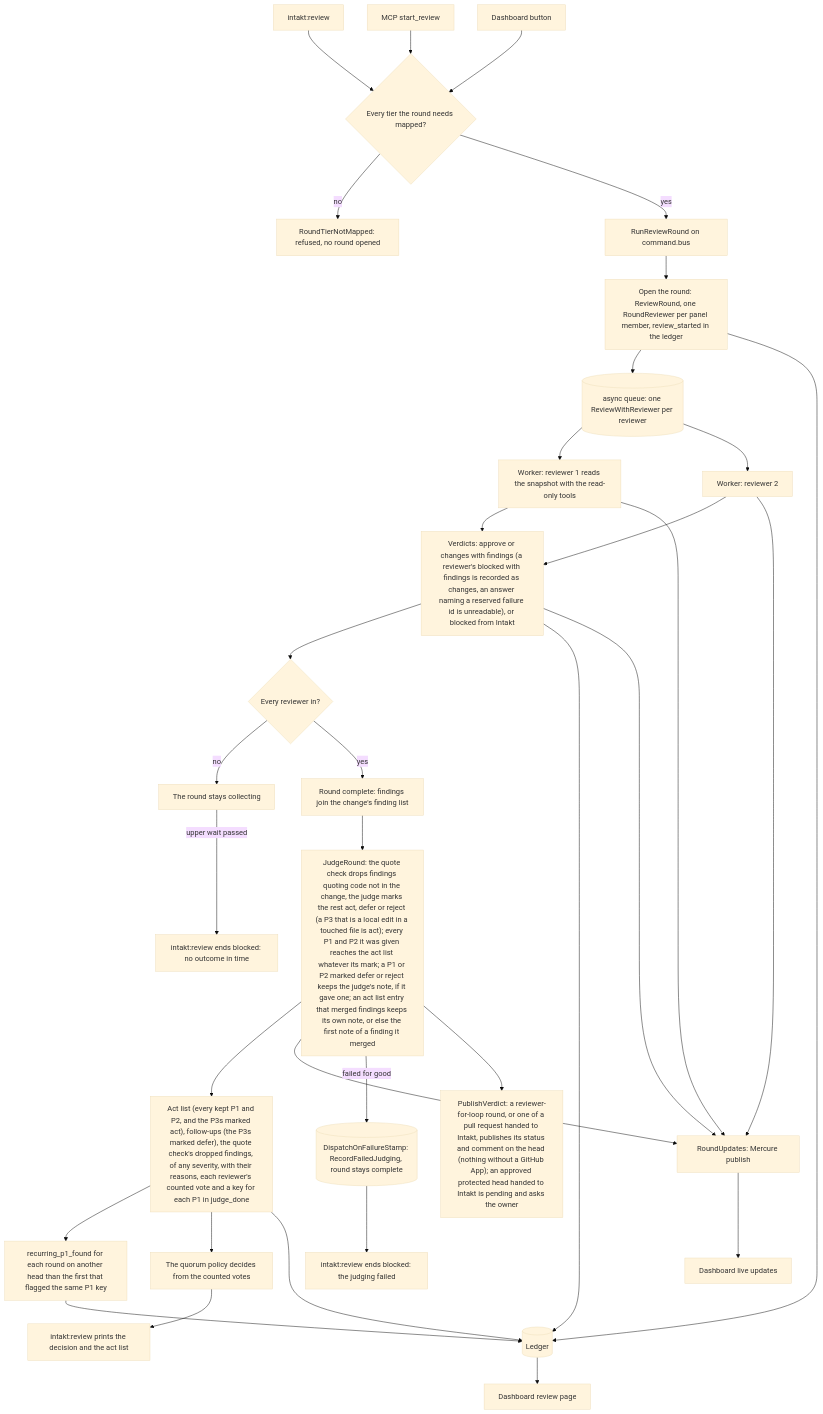
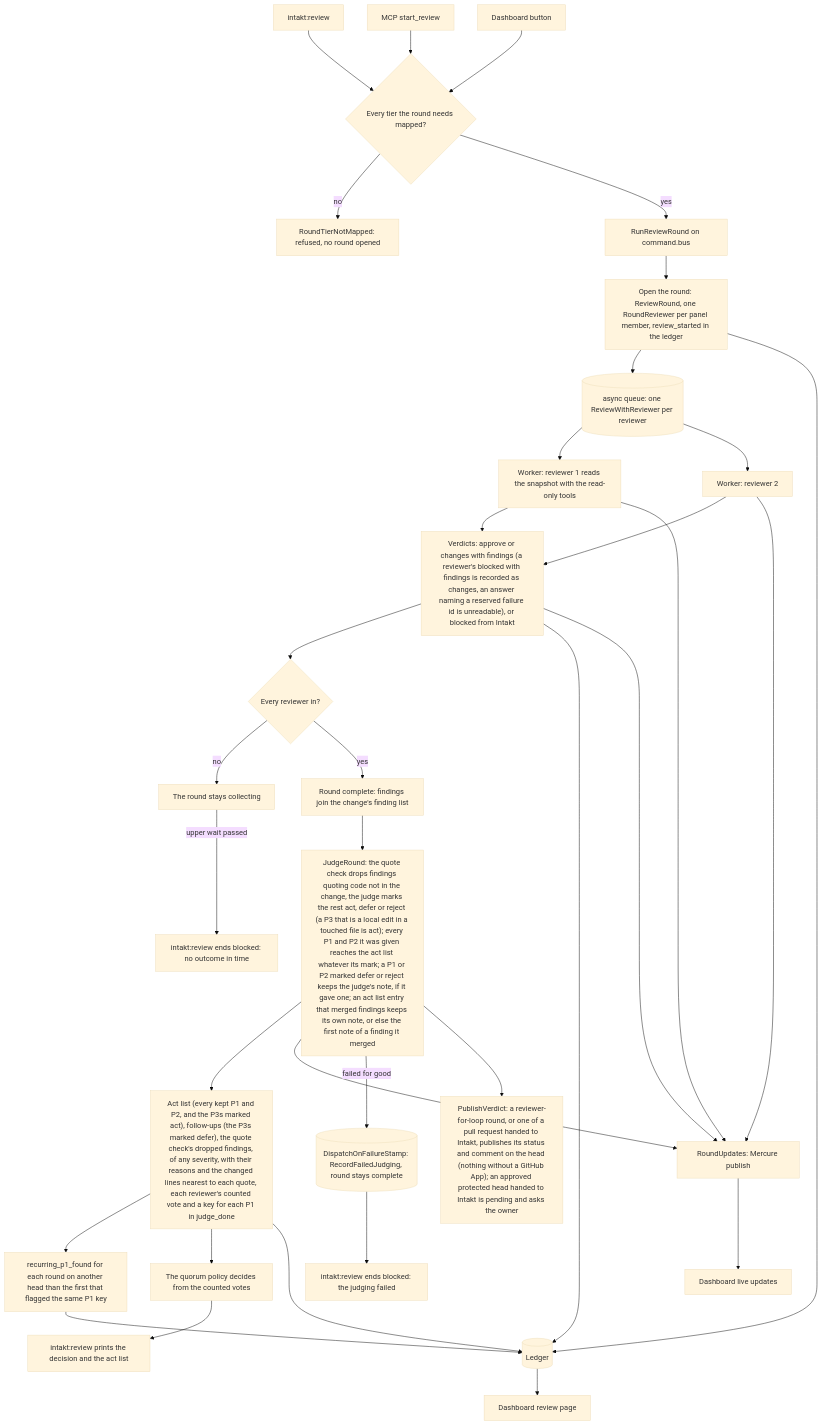
The diagram in docs/architecture/review-flow.md (shinyredapples/intakt), drawn with Mermaid (base theme) before and after one commit. The commit also changed other lines of this file and 18 other files, not shown here.

Commit message:
feat(review): record the nearest changed lines of a dropped finding's quotes

````diff
--- a/docs/architecture/review-flow.md
+++ b/docs/architecture/review-flow.md
@@ -5,35 +5,35 @@
 ```mermaid
 flowchart TD
     cli["intakt:review"] --> start
     mcp["MCP start_review"] --> start
     btn["Dashboard button"] --> start
     start{"Every tier the round needs mapped?"} -->|no| refused["RoundTierNotMapped: refused, no round opened"]
     start -->|yes| run["RunReviewRound on command.bus"] --> open["Open the round: ReviewRound, one RoundReviewer per panel member, review_started in the ledger"]
     open --> queue[("async queue: one ReviewWithReviewer per reviewer")]
     queue --> w1["Worker: reviewer 1 reads the snapshot with the read-only tools"]
     queue --> w2["Worker: reviewer 2"]
     w1 --> verdicts["Verdicts: approve or changes with findings (a reviewer's blocked with findings is recorded as changes, an answer naming a reserved failure id is unreadable), or blocked from Intakt"]
     w2 --> verdicts
     verdicts --> complete{"Every reviewer in?"}
     complete -->|no| wait["The round stays collecting"]
     complete -->|yes| collected["Round complete: findings join the change's finding list"]
     collected --> judge["JudgeRound: the quote check drops findings quoting code not in the change, the judge marks the rest act, defer or reject (a P3 that is a local edit in a touched file is act); every P1 and P2 it was given reaches the act list whatever its mark; a P1 or P2 marked defer or reject keeps the judge's note, if it gave one; an act list entry that merged findings keeps its own note, or else the first note of a finding it merged"]
-    judge --> act["Act list (every kept P1 and P2, and the P3s marked act), follow-ups (the P3s marked defer), the quote check's dropped findings, of any severity, with their reasons, each reviewer's counted vote and a key for each P1 in judge_done"]
+    judge --> act["Act list (every kept P1 and P2, and the P3s marked act), follow-ups (the P3s marked defer), the quote check's dropped findings, of any severity, with their reasons and the changed lines nearest to each quote, each reviewer's counted vote and a key for each P1 in judge_done"]
     act --> recurring["recurring_p1_found for each round on another head than the first that flagged the same P1 key"]
     recurring --> ledger
     act --> quorum["The quorum policy decides from the counted votes"]
     act --> ledger[("Ledger")]
     open --> ledger
     verdicts --> ledger
     ledger --> dash["Dashboard review page"]
     w1 --> updates["RoundUpdates: Mercure publish"]
     w2 --> updates
     verdicts --> updates
     judge --> updates
     updates --> live["Dashboard live updates"]
     quorum --> out["intakt:review prints the decision and the act list"]
     judge -->|failed for good| failed[("DispatchOnFailureStamp: RecordFailedJudging, round stays complete")]
     failed --> outFailed["intakt:review ends blocked: the judging failed"]
     wait -->|upper wait passed| outLate["intakt:review ends blocked: no outcome in time"]
     judge --> publish["PublishVerdict: a reviewer-for-loop round, or one of a pull request handed to Intakt, publishes its status and comment on the head (nothing without a GitHub App); an approved protected head handed to Intakt is pending and asks the owner"]
 ```
````
